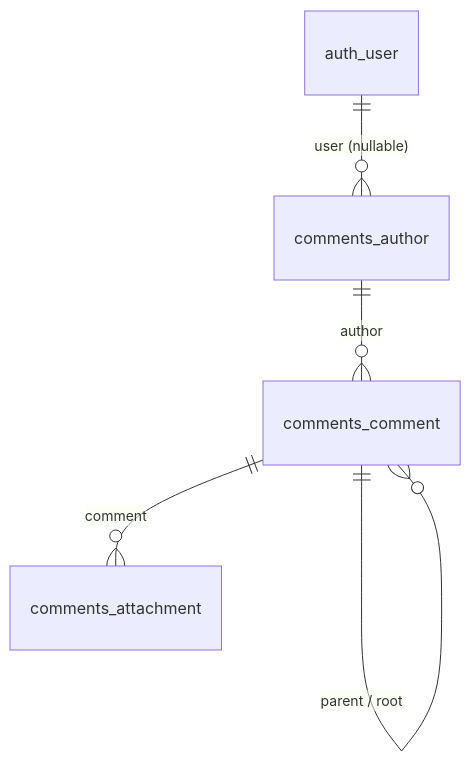
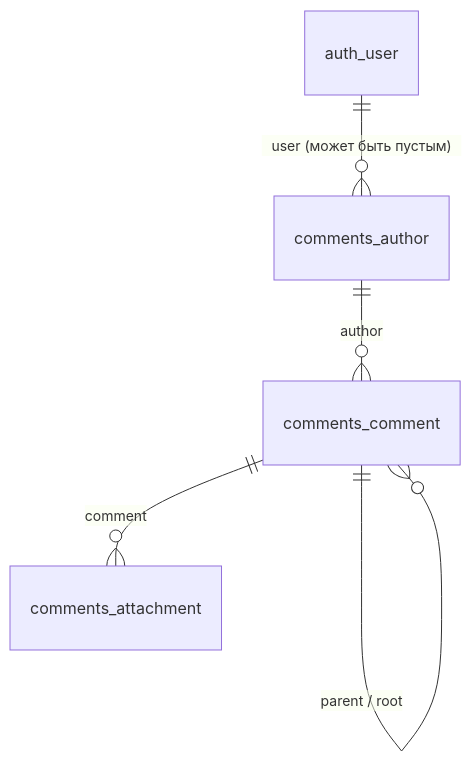
One commit to htaed15/dzen-comments changed the diagram in README.md. Above: the diagram before and after it, drawn with Mermaid. The commit also changed other lines of this file, not shown here.

````diff
--- a/README.md
+++ b/README.md
@@ -81,7 +135,7 @@
 ```mermaid
 erDiagram
-    auth_user ||--o{ comments_author : "user (nullable)"
+    auth_user ||--o{ comments_author : "user (может быть пустым)"
     comments_author ||--o{ comments_comment : "author"
     comments_comment ||--o{ comments_comment : "parent / root"
     comments_comment ||--o{ comments_attachment : "comment"
 ```
````
